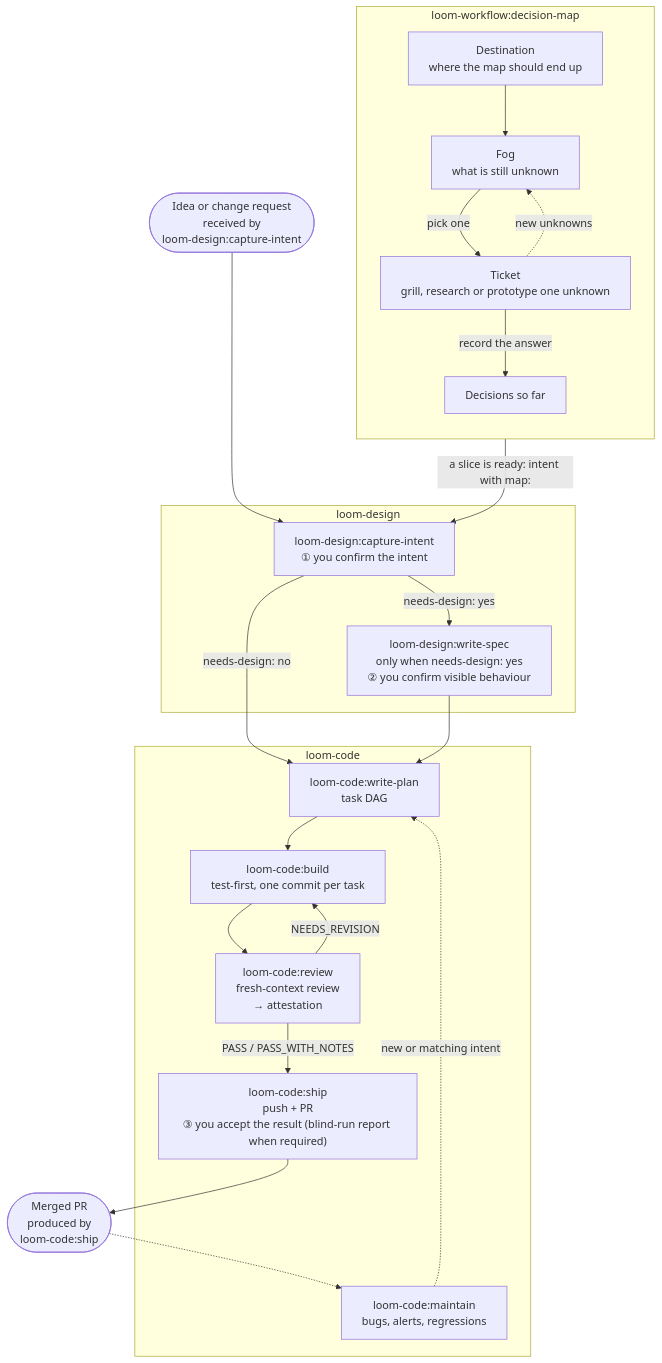
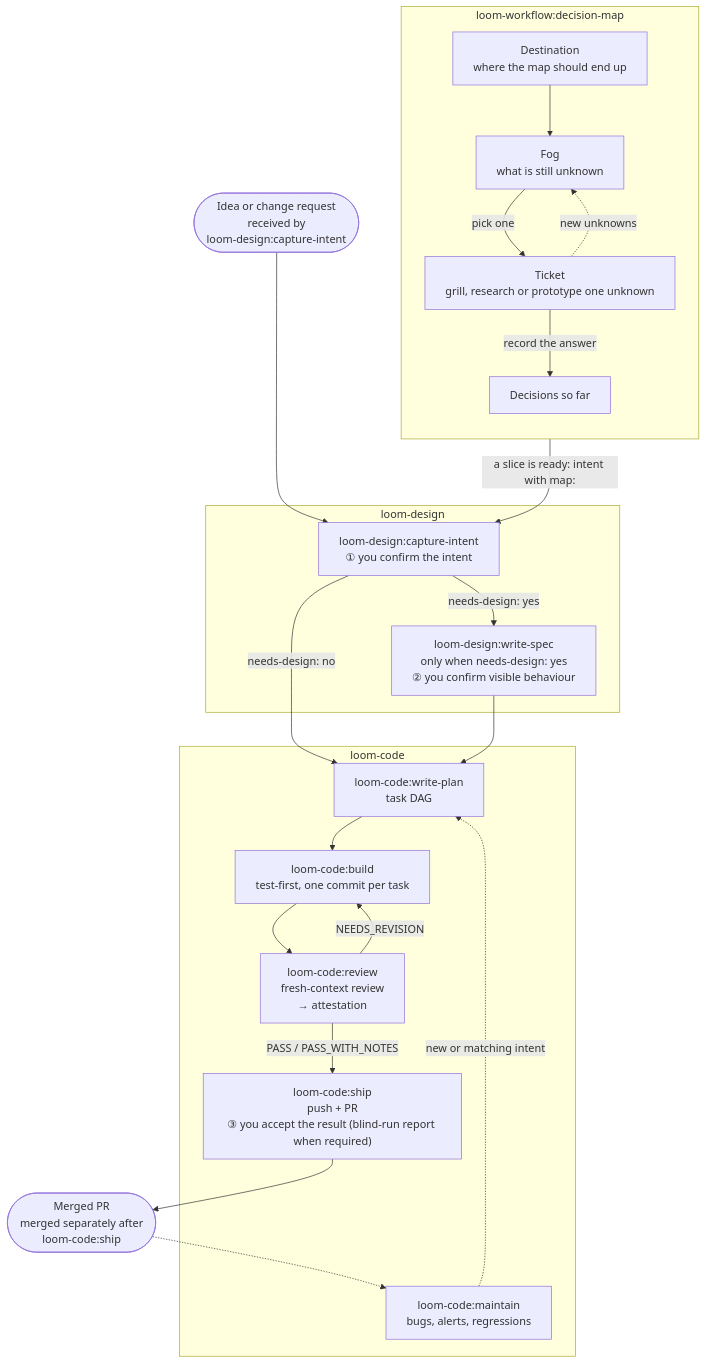
One commit to kouko/loom-plugins changed the diagram in README.md. Above: the diagram before and after it, drawn with Mermaid. The commit also changed other lines of this file, not shown here.

First line of the commit message:
docs(repo): state that merge follows ship

````diff
--- a/README.md
+++ b/README.md
@@ -25,46 +25,46 @@
 ```mermaid
 %%{init: {"flowchart": {"wrappingWidth": 320}}}%%
 flowchart TD
     idea(["Idea or change request<br/>received by<br/>loom-design:capture-intent"])
 
     subgraph dm["loom-workflow:decision-map"]
         direction TB
         dest["Destination<br/>where the map should end up"]
         fog["Fog<br/>what is still unknown"]
         ticket["Ticket<br/>grill, research or prototype one unknown"]
         log["Decisions so far"]
     end
 
     subgraph design["loom-design"]
         intent["loom-design:capture-intent<br/>① you confirm the intent"]
         spec["loom-design:write-spec<br/>only when needs-design: yes<br/>② you confirm visible behaviour"]
     end
 
     subgraph code["loom-code"]
         plan["loom-code:write-plan<br/>task DAG"]
         build["loom-code:build<br/>test-first, one commit per task"]
         review["loom-code:review<br/>fresh-context review<br/>→ attestation"]
         ship["loom-code:ship<br/>push + PR<br/>③ you accept the result (blind-run report when required)"]
         maintain["loom-code:maintain<br/>bugs, alerts, regressions"]
     end
 
-    merged(["Merged PR<br/>produced by<br/>loom-code:ship"])
+    merged(["Merged PR<br/>merged separately after<br/>loom-code:ship"])
 
     idea --> intent
     intent -->|"needs-design: yes"| spec
     intent -->|"needs-design: no"| plan
     spec --> plan
     plan --> build
     build --> review
     review -->|"NEEDS_REVISION"| build
     review -->|"PASS / PASS_WITH_NOTES"| ship
     ship --> merged
     merged -.-> maintain
     maintain -.->|"new or matching intent"| plan
 
     dest --> fog
     fog -->|"pick one"| ticket
     ticket -->|"record the answer"| log
     ticket -.->|"new unknowns"| fog
     dm -->|"a slice is ready: intent with map:"| intent
 ```
````
